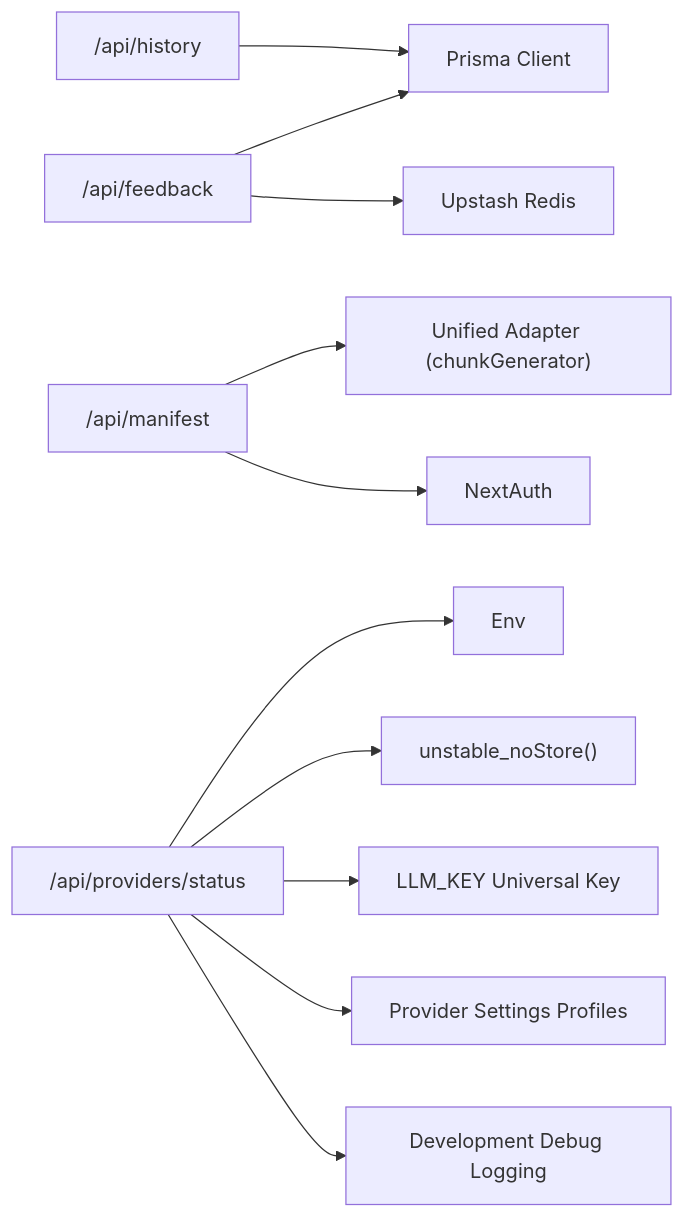
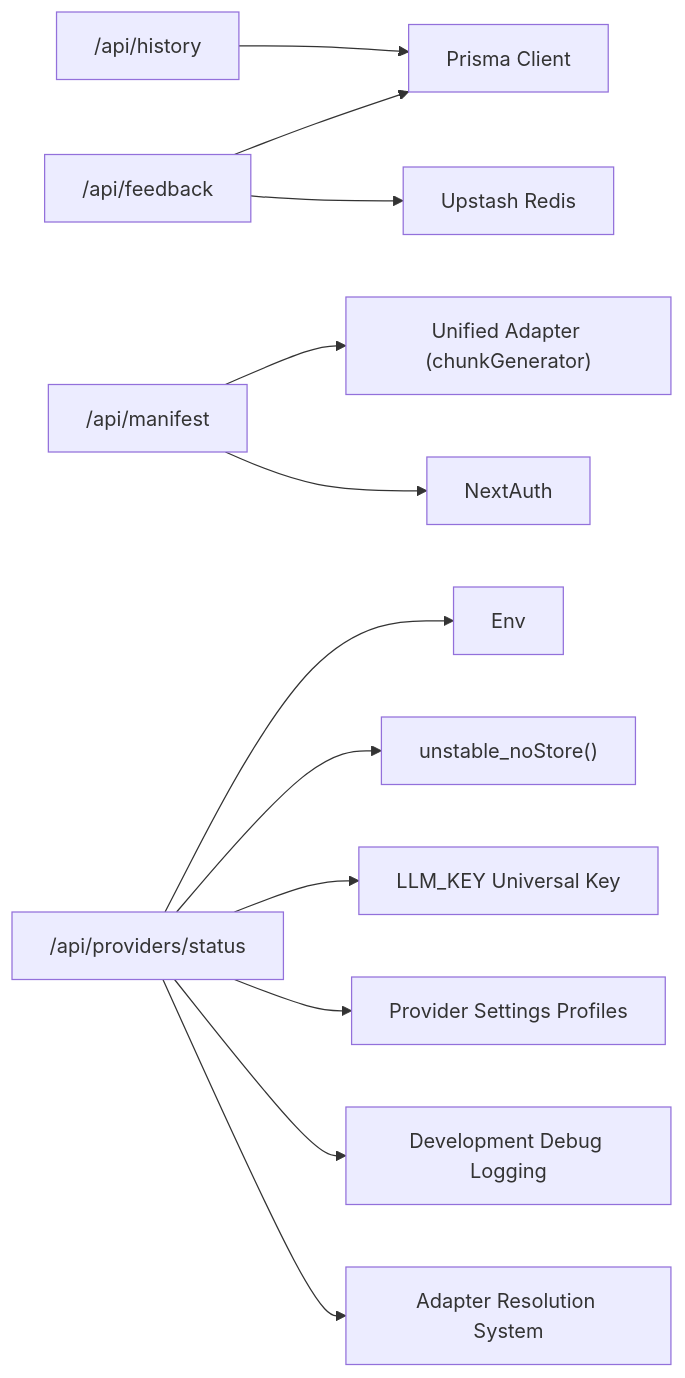
Before and after one commit to shekhargiri005-dotcom/AI-powered-accessibility-first-UI-engine: the seventh of 7 diagrams in .qoder/repowiki/en/content/API Reference/Utility APIs.md, drawn with Mermaid. The commit also changed other lines of this file and 20 other files, not shown here.

````diff
--- a/.qoder/repowiki/en/content/API Reference/Utility APIs.md
+++ b/.qoder/repowiki/en/content/API Reference/Utility APIs.md
@@ -429,13 +446,14 @@
 ```mermaid
 graph LR
 History["/api/history"] --> Prisma["Prisma Client"]
 Feedback["/api/feedback"] --> Redis["Upstash Redis"]
 Feedback --> Prisma
 Manifest["/api/manifest"] --> Adapter["Unified Adapter (chunkGenerator)"]
 Manifest --> Auth["NextAuth"]
 Providers["/api/providers/status"] --> Env
 Providers --> Cache["unstable_noStore()"]
 Providers --> Universal["LLM_KEY Universal Key"]
 Providers --> Settings["Provider Settings Profiles"]
 Providers --> Debug["Development Debug Logging"]
+Providers --> Adapters["Adapter Resolution System"]
 ```
````
